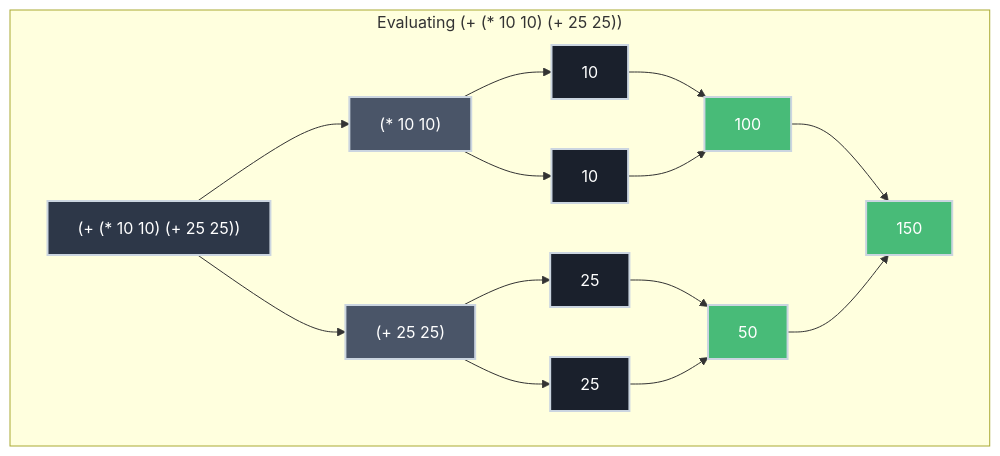
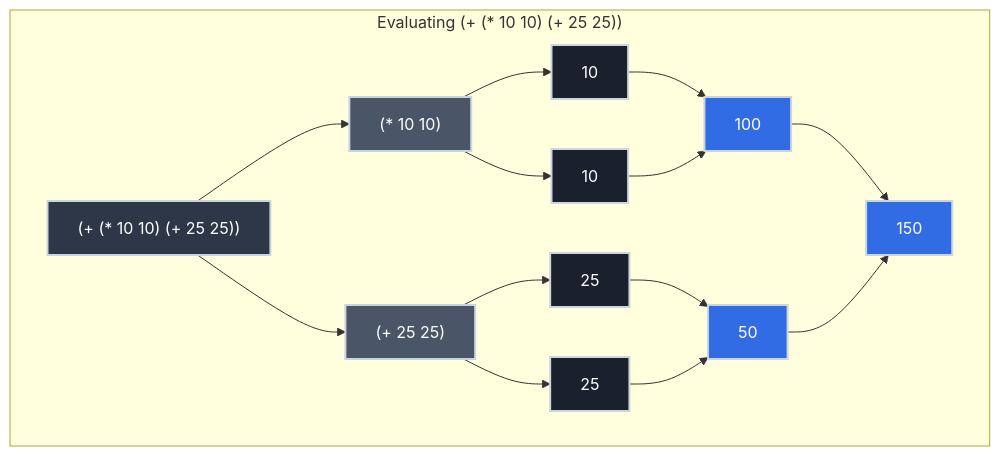
Before and after one commit to bradpenney/exploring_computer_science: the first of 2 diagrams in docs/mastery/functional_programming/scheme_primer.md, drawn with Mermaid. The commit also changed other lines of this file and 27 other files, not shown here.

````diff
--- a/docs/mastery/functional_programming/scheme_primer.md
+++ b/docs/mastery/functional_programming/scheme_primer.md
@@ -90,28 +124,28 @@
 ```mermaid
 graph TB
     subgraph "Evaluating (+ (* 10 10) (+ 25 25))"
     A["(+ (* 10 10) (+ 25 25))"] --> B["(* 10 10)"]
     A --> C["(+ 25 25)"]
     B --> D["10"]
     B --> E["10"]
     C --> F["25"]
     C --> G["25"]
     D --> H["100"]
     E --> H
     F --> I["50"]
     G --> I
     H --> J["150"]
     I --> J
     end
 
     style A fill:#2d3748,stroke:#cbd5e0,stroke-width:2px,color:#fff
     style B fill:#4a5568,stroke:#cbd5e0,stroke-width:2px,color:#fff
     style C fill:#4a5568,stroke:#cbd5e0,stroke-width:2px,color:#fff
     style D fill:#1a202c,stroke:#cbd5e0,stroke-width:2px,color:#fff
     style E fill:#1a202c,stroke:#cbd5e0,stroke-width:2px,color:#fff
     style F fill:#1a202c,stroke:#cbd5e0,stroke-width:2px,color:#fff
     style G fill:#1a202c,stroke:#cbd5e0,stroke-width:2px,color:#fff
-    style H fill:#48bb78,stroke:#cbd5e0,stroke-width:2px,color:#fff
-    style I fill:#48bb78,stroke:#cbd5e0,stroke-width:2px,color:#fff
-    style J fill:#48bb78,stroke:#cbd5e0,stroke-width:2px,color:#fff
+    style H fill:#326CE5,stroke:#cbd5e0,stroke-width:2px,color:#fff
+    style I fill:#326CE5,stroke:#cbd5e0,stroke-width:2px,color:#fff
+    style J fill:#326CE5,stroke:#cbd5e0,stroke-width:2px,color:#fff
 ```
````
